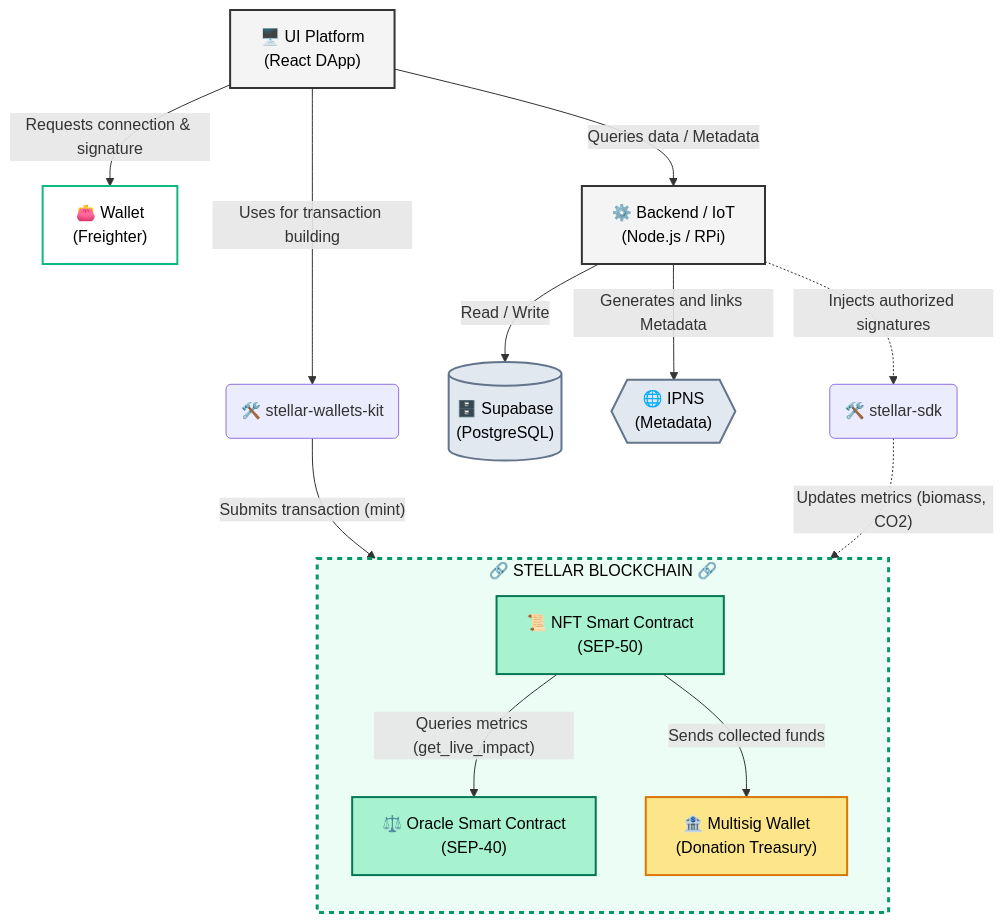
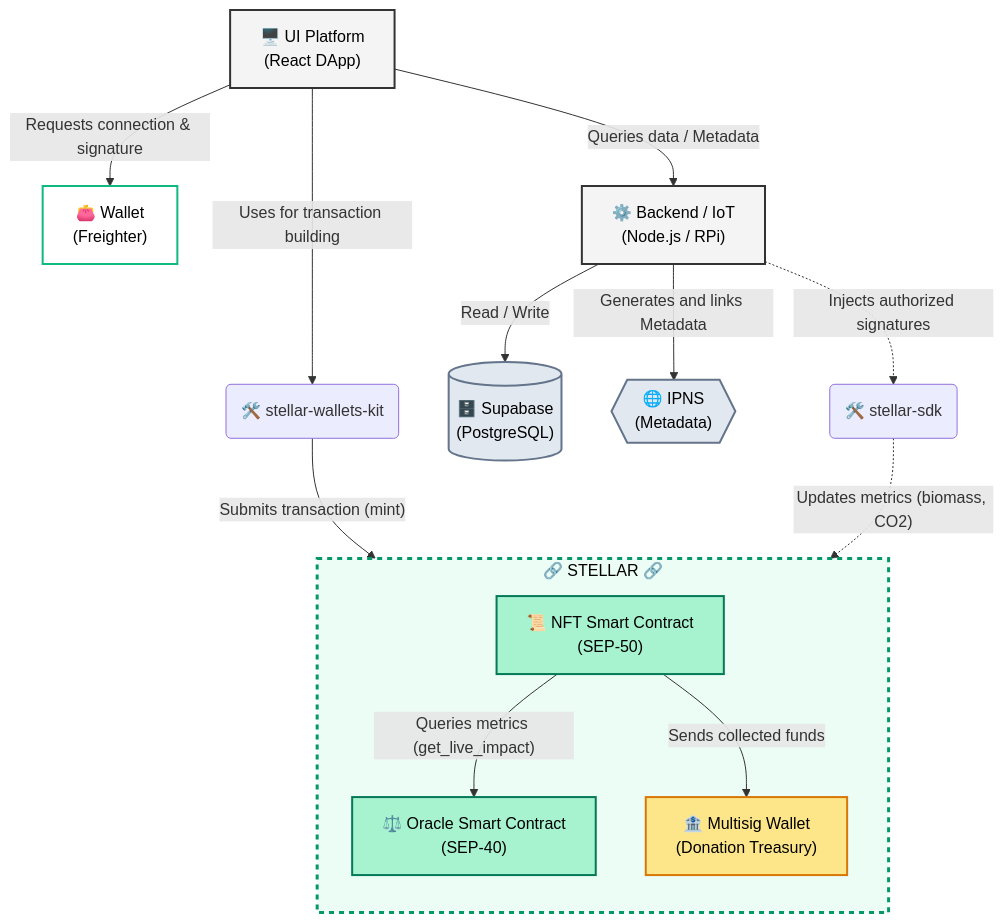
Before and after one commit to masch/rwa-natural-resources: the diagram in README.md, drawn with Mermaid.

Commit message:
chore: Fix architecture diagram

````diff
--- a/README.md
+++ b/README.md
@@ -30,51 +30,51 @@
 ```mermaid
 flowchart TD
     %% Main Nodes
     UI["🖥️ UI Platform<br/>(React DApp)"]
     Backend["⚙️ Backend / IoT<br/>(Node.js / RPi)"]
     DB[("🗄️ Supabase<br/>(PostgreSQL)")]
     IPNS{{"🌐 IPNS<br/>(Metadata)"}}
     Wallet["👛 Wallet<br/>(Freighter)"]
 
     %% Integration Kits (Off-chain)
     WalletsKit("🛠️ stellar-wallets-kit")
     StellarSDK("🛠️ stellar-sdk")
 
     %% Stellar Blockchain Environment
-    subgraph StellarNetwork ["🔗 STELLAR BLOCKCHAIN 🔗"]
+    subgraph StellarNetwork ["🔗 STELLAR 🔗"]
         direction TB
         NFT["📜 NFT Smart Contract<br/>(SEP-50)"]
         Oracle["⚖️ Oracle Smart Contract<br/>(SEP-40)"]
         Multisig["🏦 Multisig Wallet<br/>(Donation Treasury)"]
         
         %% Cross-contract Interactions within Stellar
         NFT -- "Queries metrics (get_live_impact)" --> Oracle
         NFT -- "Sends collected funds" --> Multisig
     end
 
     %% Frontend and Wallet Relations
     UI -- "Requests connection & signature" --> Wallet
     UI -- "Uses for transaction building" --> WalletsKit
     WalletsKit -- "Submits transaction (mint)" --> NFT
     UI -- "Queries data / Metadata" --> Backend
 
     %% Backend Relations
     Backend -- "Read / Write" --> DB
     Backend -- "Generates and links Metadata" --> IPNS
     
     %% Backend -> Oracle Relation
     Backend -. "Injects authorized signatures" .-> StellarSDK
     StellarSDK -. "Updates metrics (biomass, CO2)" .-> Oracle
 
     %% Node Styles
     style UI fill:#f4f4f4,stroke:#333,stroke-width:2px,color:#000
     style Backend fill:#f4f4f4,stroke:#333,stroke-width:2px,color:#000
     style DB fill:#e2e8f0,stroke:#64748b,stroke-width:2px,color:#000
     style IPNS fill:#e2e8f0,stroke:#64748b,stroke-width:2px,color:#000
     style Wallet fill:#fff,stroke:#10b981,stroke-width:2px,color:#000
     
     style StellarNetwork fill:#ecfdf5,stroke:#059669,stroke-width:3px,stroke-dasharray: 5 5,color:#000
     style NFT fill:#a7f3d0,stroke:#047857,stroke-width:2px,color:#000
     style Oracle fill:#a7f3d0,stroke:#047857,stroke-width:2px,color:#000
     style Multisig fill:#fde68a,stroke:#d97706,stroke-width:2px,color:#000
 ```
````
